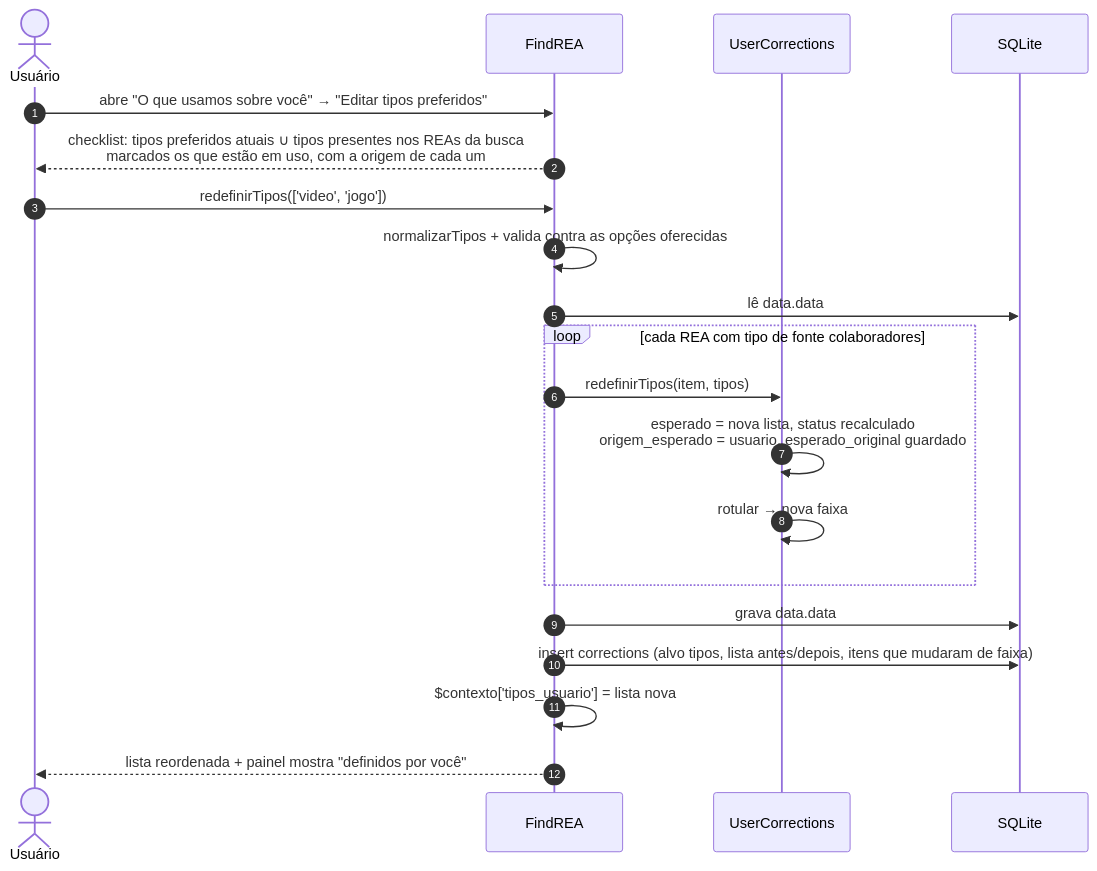
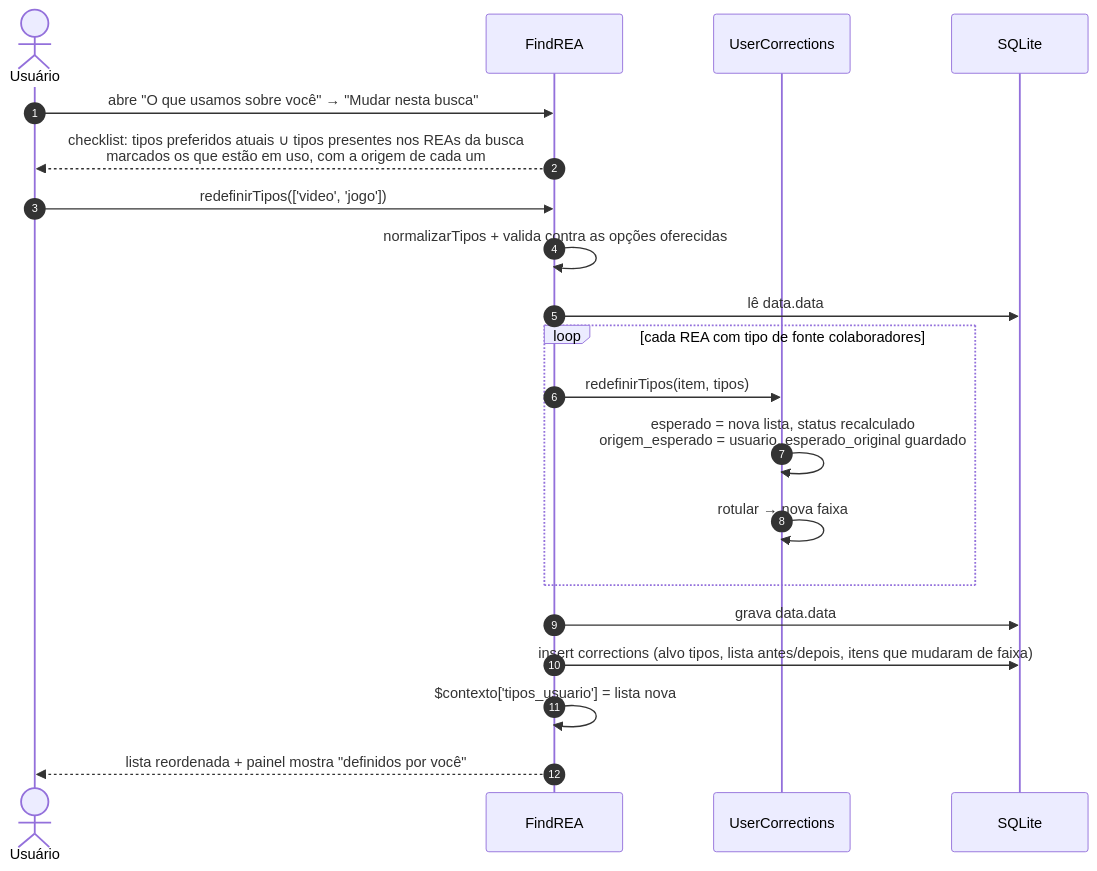
One commit to razimbrao/sis-read changed the sixth of 9 diagrams in docs/plano-escrutabilidade.md. Above: the diagram before and after it, drawn with Mermaid. The commit also changed other lines of this file and 11 other files, not shown here.

````diff
--- a/docs/plano-escrutabilidade.md
+++ b/docs/plano-escrutabilidade.md
@@ -224,23 +224,23 @@
 ```mermaid
 sequenceDiagram
     autonumber
     actor U as Usuário
     participant F as FindREA
     participant UC as UserCorrections
     participant DB as SQLite
 
-    U->>F: abre "O que usamos sobre você" → "Editar tipos preferidos"
+    U->>F: abre "O que usamos sobre você" → "Mudar nesta busca"
     F-->>U: checklist: tipos preferidos atuais ∪ tipos presentes nos REAs da busca<br/>marcados os que estão em uso, com a origem de cada um
     U->>F: redefinirTipos(['video', 'jogo'])
     F->>F: normalizarTipos + valida contra as opções oferecidas
     F->>DB: lê data.data
     loop cada REA com tipo de fonte colaboradores
         F->>UC: redefinirTipos(item, tipos)
         UC->>UC: esperado = nova lista, status recalculado<br/>origem_esperado = usuario, esperado_original guardado
         UC->>UC: rotular → nova faixa
     end
     F->>DB: grava data.data
     F->>DB: insert corrections (alvo tipos, lista antes/depois, itens que mudaram de faixa)
     F->>F: $contexto['tipos_usuario'] = lista nova
     F-->>U: lista reordenada + painel mostra "definidos por você"
 ```
````
